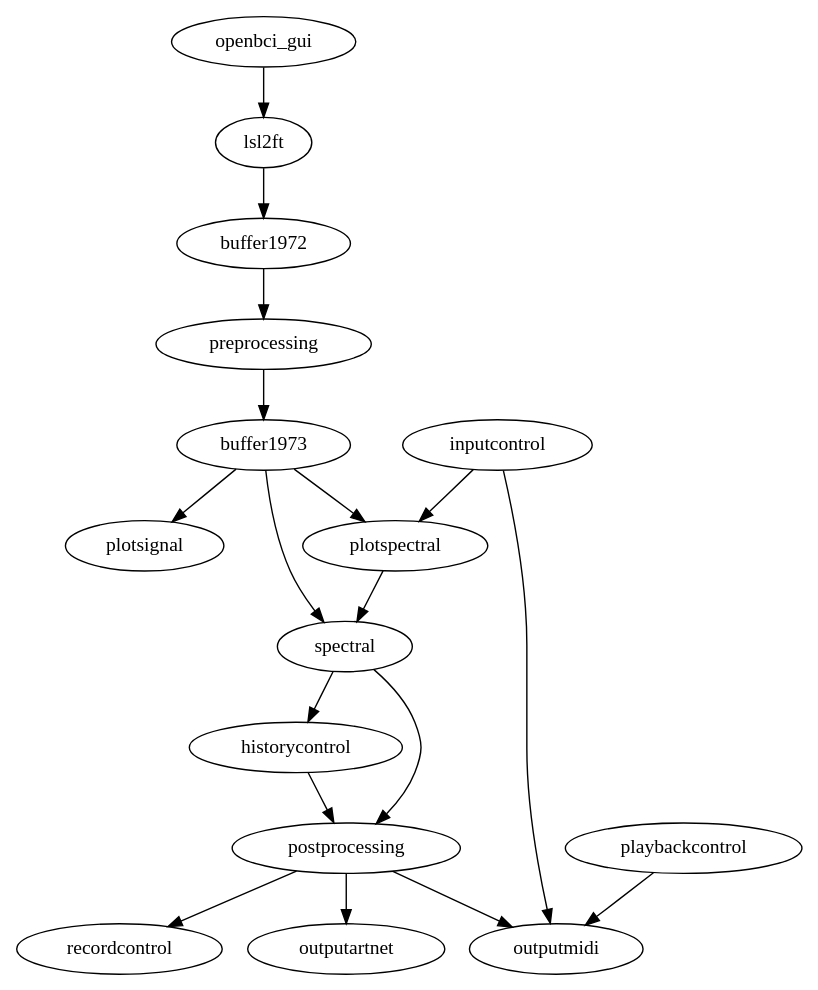
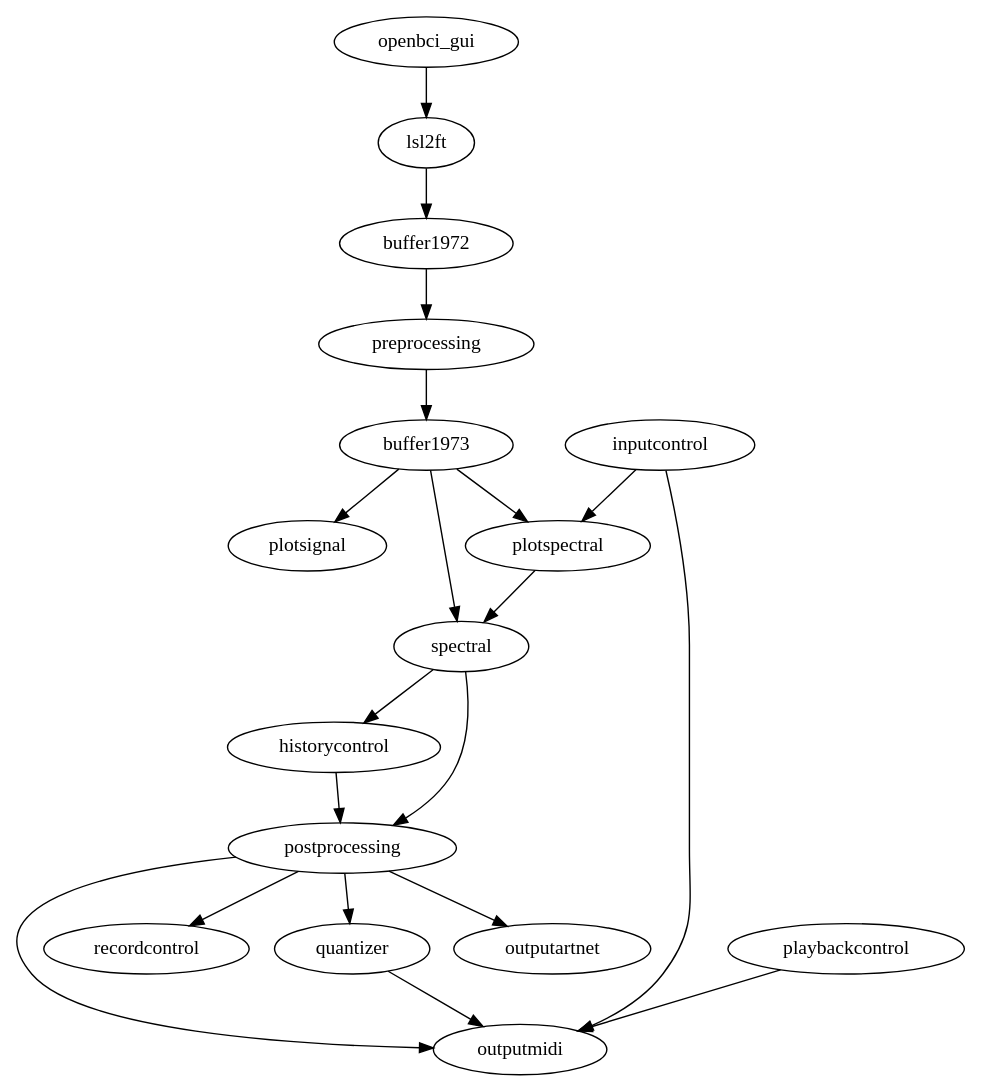
Before and after one commit to eegsynth/eegsynth: the diagram in patches/karlstad/patch.dot, drawn with Graphviz. The commit also changed 13 other files, not shown here.

```diff
--- a/patches/karlstad/patch.dot
+++ b/patches/karlstad/patch.dot
@@ -1,20 +1,21 @@
 # To convert this into a bitmap representation, do this
 #   dot -Tpng -o patch.png patch.dot
 #
 digraph {
   openbci_gui -> lsl2ft;
   lsl2ft -> buffer1972 -> preprocessing -> buffer1973;
   buffer1973 -> plotsignal;
   buffer1973 -> plotspectral;
   buffer1973 -> spectral;
   inputcontrol -> plotspectral;
   plotspectral -> spectral;
   inputcontrol -> outputmidi;
   spectral -> historycontrol;
   spectral -> postprocessing;
   historycontrol -> postprocessing;
   playbackcontrol -> outputmidi;
   postprocessing -> recordcontrol;
   postprocessing -> outputmidi;
+  postprocessing -> quantizer -> outputmidi;
   postprocessing -> outputartnet;
 }
```
